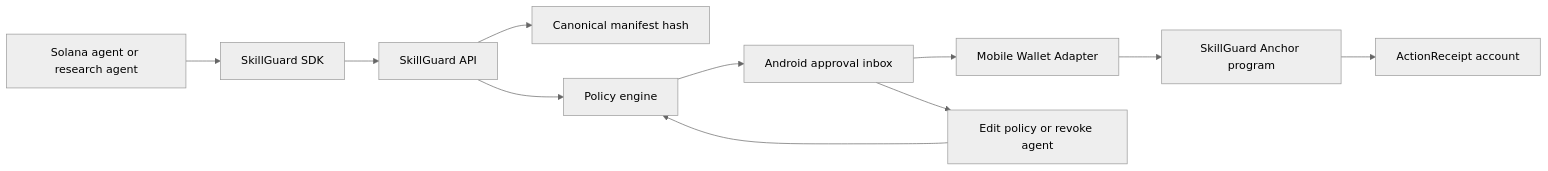
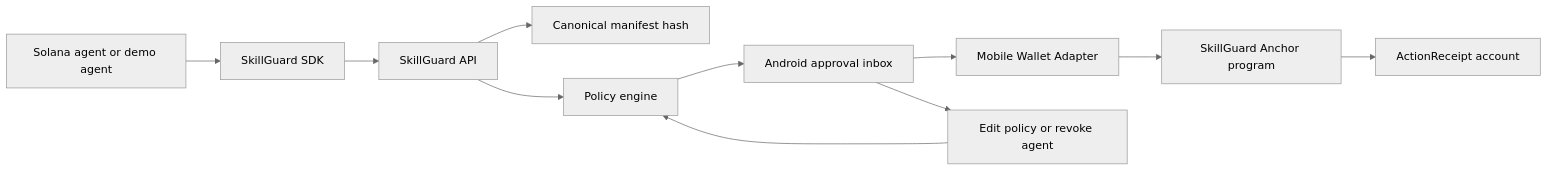
One commit to VincenzoImp/skillguard changed the diagram in README.md. Above: the diagram before and after it, drawn with Mermaid (neutral theme). The commit also changed other lines of this file and 41 other files, not shown here.

Commit message:
Polish demo visuals and rename demo agent

````diff
--- a/README.md
+++ b/README.md
@@ -47,13 +47,13 @@
 ```mermaid
 flowchart LR
-  A[Solana agent or research agent] --> B[SkillGuard SDK]
+  A[Solana agent or demo agent] --> B[SkillGuard SDK]
   B --> C[SkillGuard API]
   C --> D[Canonical manifest hash]
   C --> E[Policy engine]
   E --> F[Android approval inbox]
   F --> G[Mobile Wallet Adapter]
   G --> H[SkillGuard Anchor program]
   H --> I[ActionReceipt account]
   F --> J[Edit policy or revoke agent]
   J --> E
 ```
````
